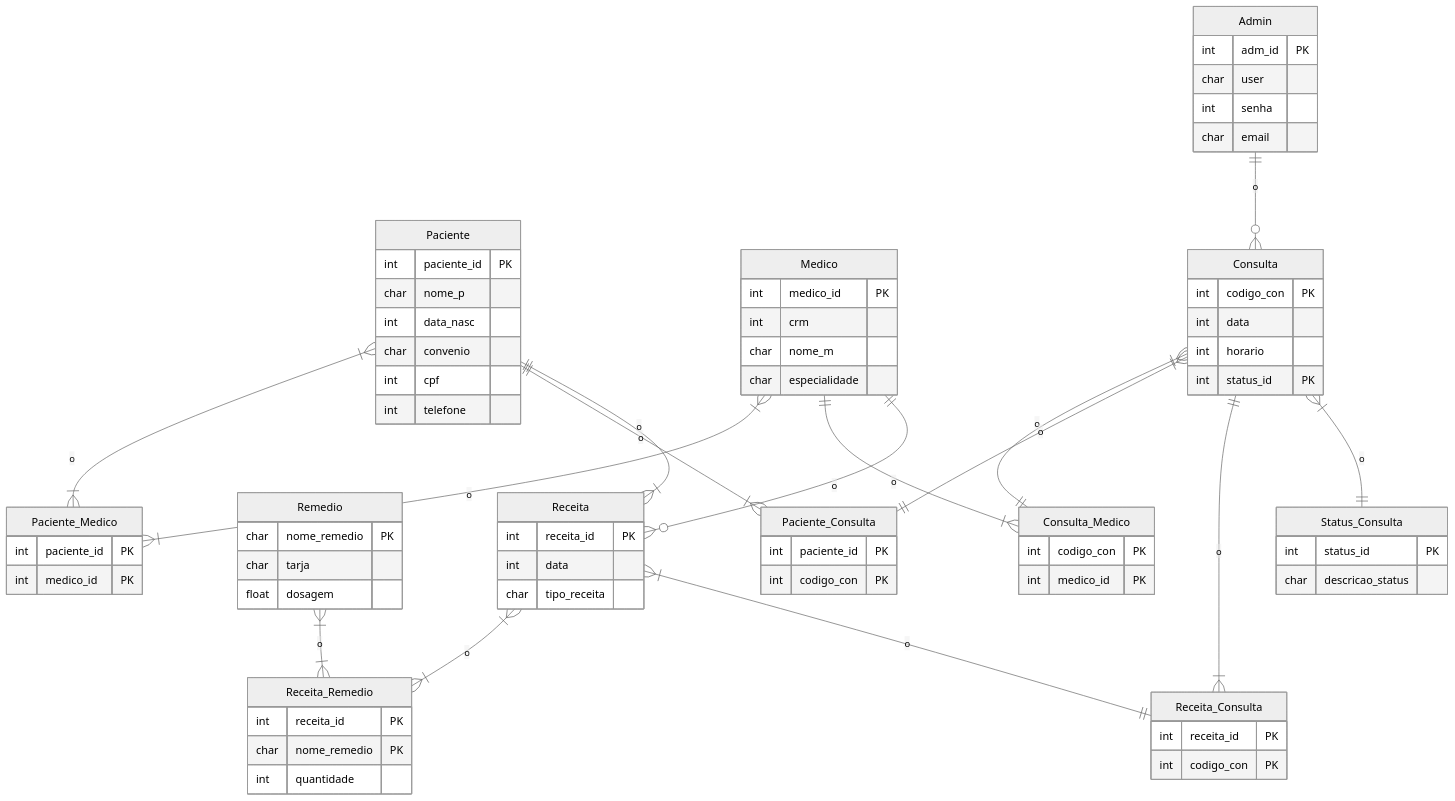
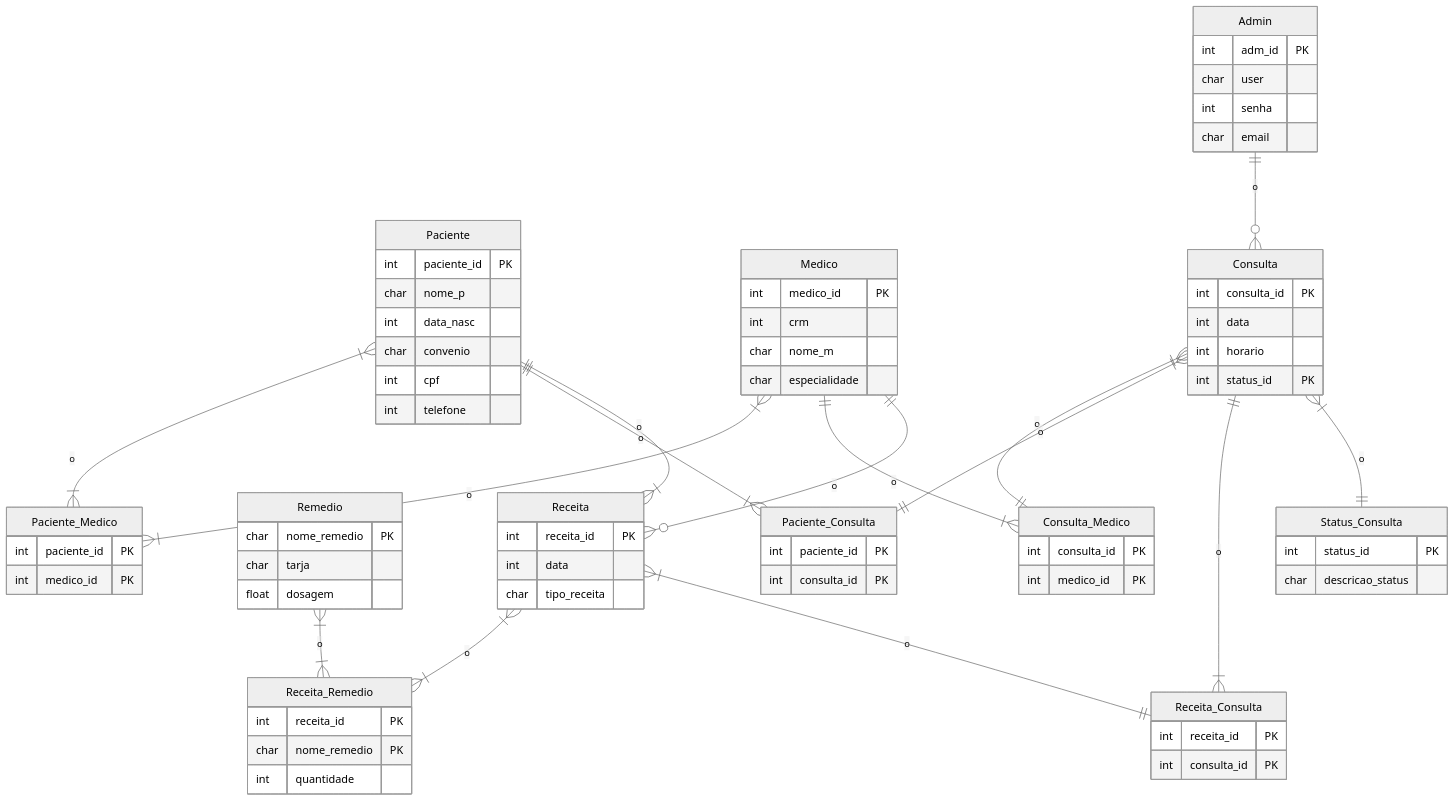
The diagram in MR.md (StellaOli/ModelandoSQL), drawn with Mermaid (neutral theme) before and after one commit.

```diff
--- a/MR.md
+++ b/MR.md
@@ -30,7 +30,7 @@
          }
 
        Consulta{
-           int codigo_con PK
+           int consulta_id PK
            int data
            int horario
            int status_id PK 
@@ -50,7 +50,7 @@
 
         Paciente_Consulta{
            int paciente_id PK    
-           int codigo_con PK    
+           int consulta_id PK    
          }
 
         Paciente_Medico{
@@ -59,13 +59,13 @@
          }
 
         Consulta_Medico{
-           int codigo_con PK
+           int consulta_id PK
            int medico_id PK
          }
 
         Receita_Consulta{
            int receita_id  PK
-           int codigo_con PK
+           int consulta_id PK
         }
 
         Receita_Remedio{
```
